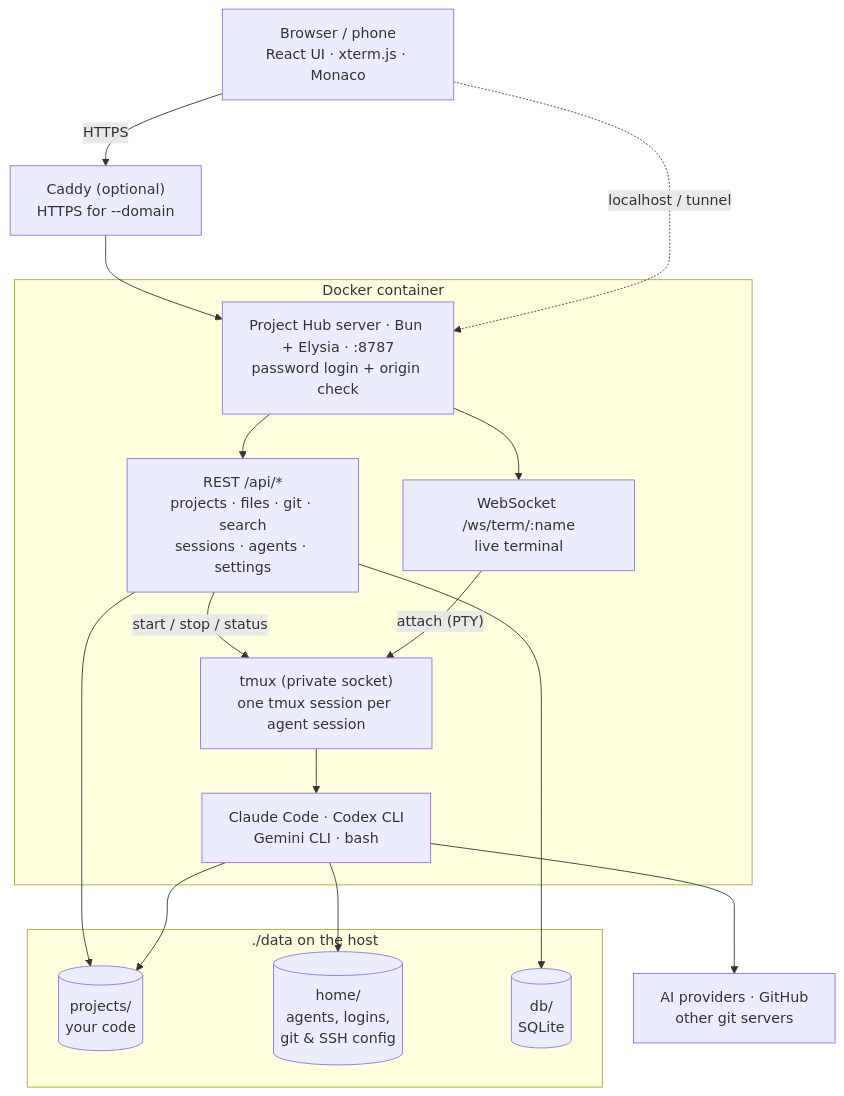
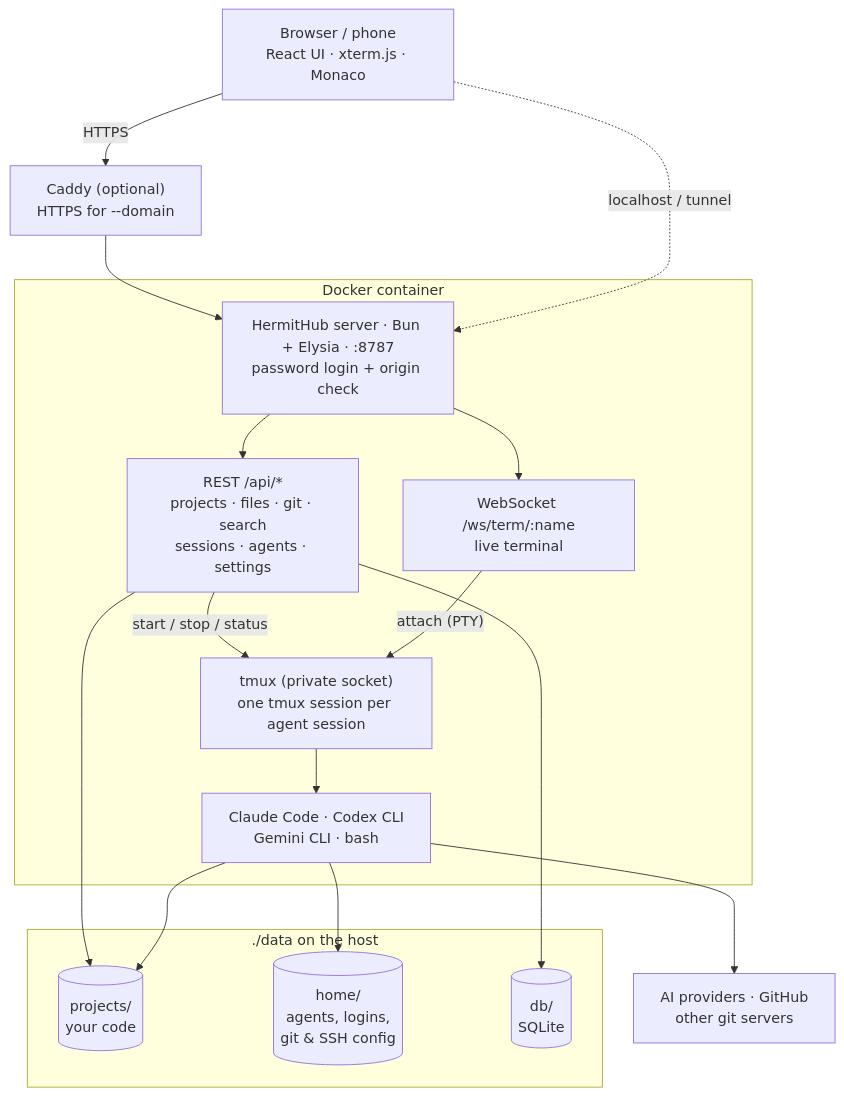
One commit to suriyadi15/hermithub changed the diagram in docs/diagrams/architecture.mmd. Above: the diagram before and after it, drawn with Mermaid. The commit also changed 46 other files, not shown here.

First line of the commit message:
feat: rename Project Hub to HermitHub

```diff
--- a/docs/diagrams/architecture.mmd
+++ b/docs/diagrams/architecture.mmd
@@ -1,33 +1,33 @@
 flowchart TB
     user["Browser / phone<br/>React UI · xterm.js · Monaco"]
     caddy["Caddy (optional)<br/>HTTPS for --domain"]
 
     subgraph container["Docker container"]
-        server["Project Hub server · Bun + Elysia · :8787<br/>password login + origin check"]
+        server["HermitHub server · Bun + Elysia · :8787<br/>password login + origin check"]
         api["REST /api/*<br/>projects · files · git · search<br/>sessions · agents · settings"]
         ws["WebSocket /ws/term/:name<br/>live terminal"]
         tmux["tmux (private socket)<br/>one tmux session per agent session"]
         agents["Claude Code · Codex CLI<br/>Gemini CLI · bash"]
     end
 
     subgraph data["./data on the host"]
         projects[("projects/<br/>your code")]
         home[("home/<br/>agents, logins,<br/>git & SSH config")]
         db[("db/<br/>SQLite")]
     end
 
     cloud["AI providers · GitHub<br/>other git servers"]
 
     user -- "HTTPS" --> caddy
     caddy --> server
     user -. "localhost / tunnel" .-> server
     server --> api
     server --> ws
     api -- "start / stop / status" --> tmux
     ws -- "attach (PTY)" --> tmux
     tmux --> agents
     api --> db
     api --> projects
     agents --> projects
     agents --> home
     agents --> cloud
```
